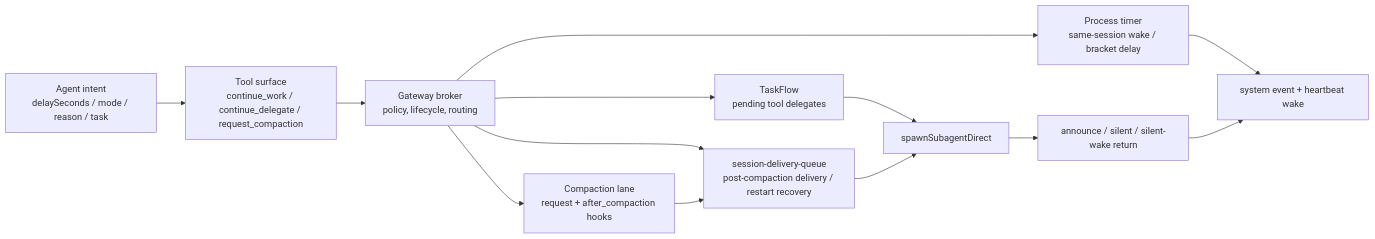
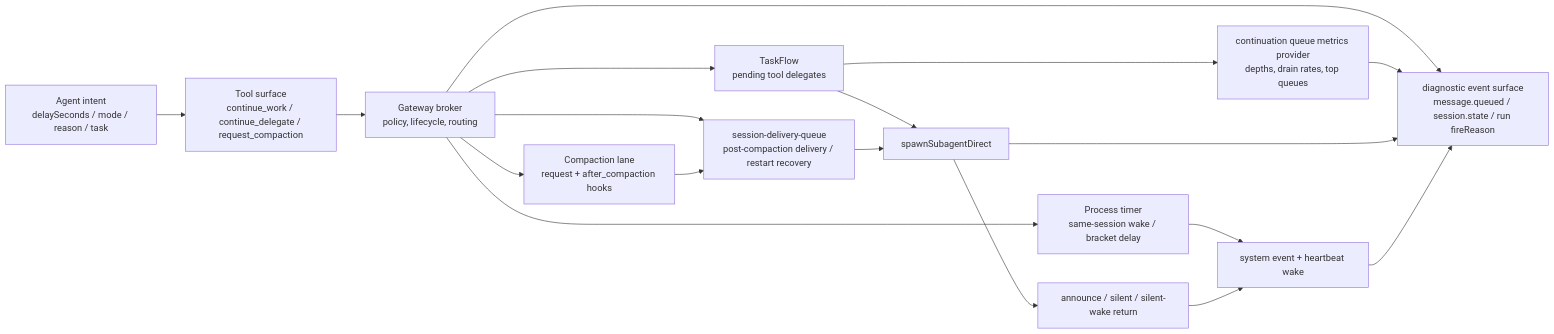
Before and after one commit to karmaterminal/openclaw: the fifth of 6 diagrams in docs/design/continue-work-signal-v2.md, drawn with Mermaid.

Commit message:
docs(rfc): refresh broker diagram for metrics seam
Reflects #537 diagnostic continuation queue metrics provider seam and diagnostic event surface on the lifecycle broker.

````diff
--- a/docs/design/continue-work-signal-v2.md
+++ b/docs/design/continue-work-signal-v2.md
@@ -751,15 +751,20 @@
 ```mermaid
 flowchart LR
     Agent["Agent intent<br/>delaySeconds / mode / reason / task"] --> Tool["Tool surface<br/>continue_work / continue_delegate / request_compaction"]
     Tool --> Broker["Gateway broker<br/>policy, lifecycle, routing"]
     Broker --> Timer["Process timer<br/>same-session wake / bracket delay"]
     Broker --> TaskFlow["TaskFlow<br/>pending tool delegates"]
     Broker --> Queue["session-delivery-queue<br/>post-compaction delivery / restart recovery"]
     Broker --> Compaction["Compaction lane<br/>request + after_compaction hooks"]
+    Broker --> Diag["diagnostic event surface<br/>message.queued / session.state / run fireReason"]
     Timer --> Wake["system event + heartbeat wake"]
     TaskFlow --> Spawn["spawnSubagentDirect"]
+    TaskFlow --> Metrics["continuation queue metrics provider<br/>depths, drain rates, top queues"]
+    Metrics --> Diag
     Queue --> Spawn
     Compaction --> Queue
     Spawn --> Return["announce / silent / silent-wake return"]
+    Spawn --> Diag
     Return --> Wake
+    Wake --> Diag
 ```
````
